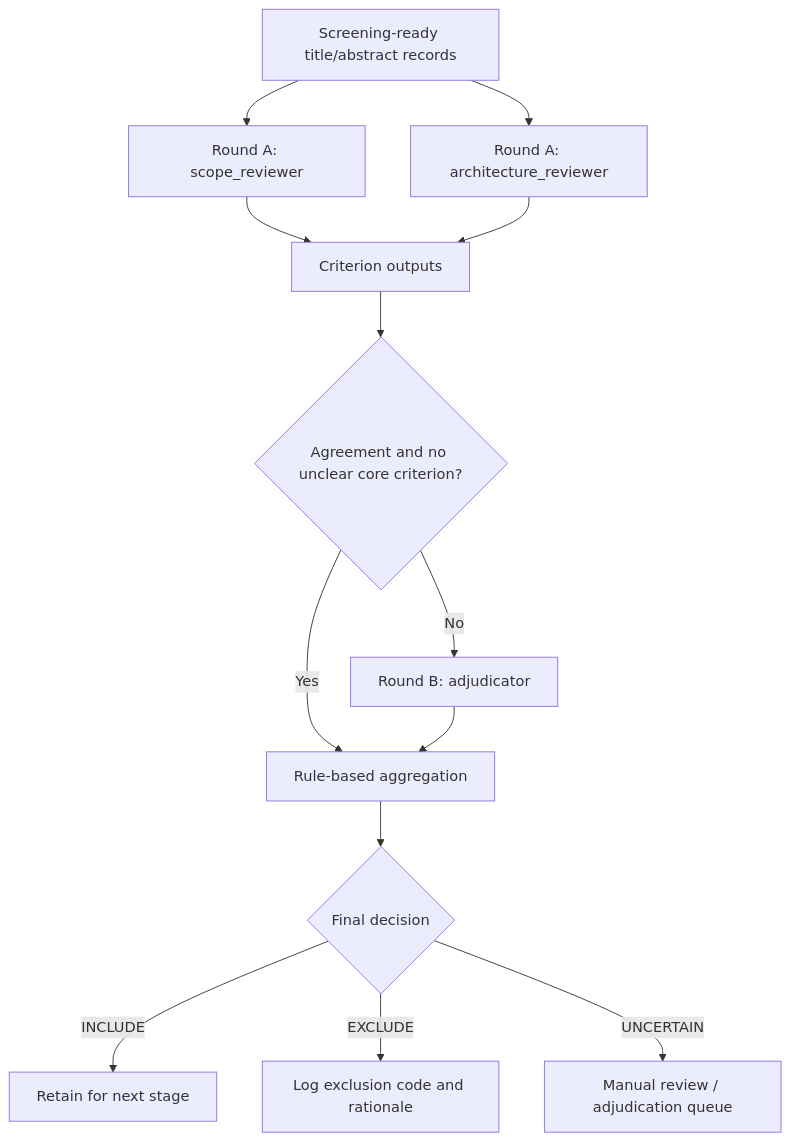
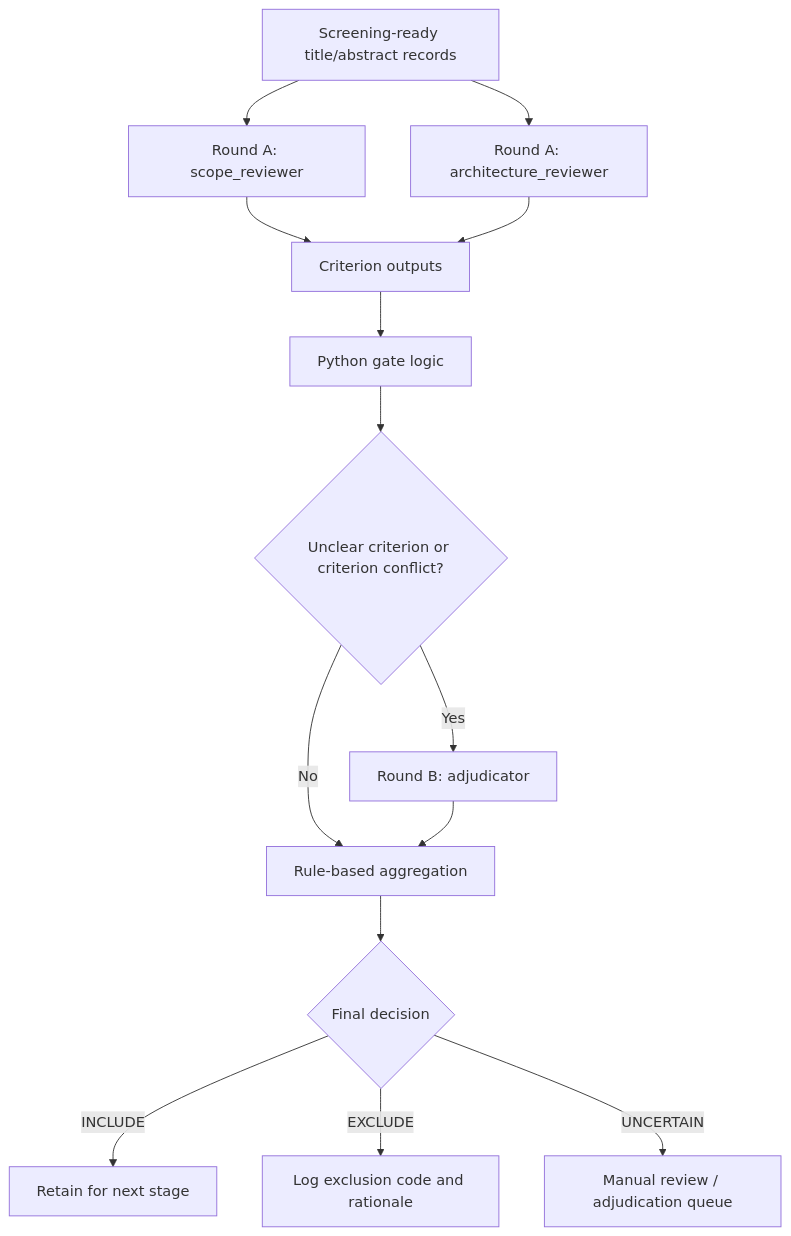
One commit to BogdanDidenko/text-bio-fundational-models-review changed the diagram in README.md. Above: the diagram before and after it, drawn with Mermaid. The commit also changed other lines of this file and 6 other files, not shown here.

````diff
--- a/README.md
+++ b/README.md
@@ -68,15 +68,16 @@
 ```mermaid
 flowchart TD
     A["Screening-ready title/abstract records"] --> B["Round A: scope_reviewer"]
     A --> C["Round A: architecture_reviewer"]
     B --> D["Criterion outputs"]
     C --> D
-    D --> E{"Agreement and no unclear core criterion?"}
-    E -- "Yes" --> F["Rule-based aggregation"]
-    E -- "No" --> G["Round B: adjudicator"]
-    G --> F
-    F --> H{"Final decision"}
-    H -- "INCLUDE" --> I["Retain for next stage"]
-    H -- "EXCLUDE" --> J["Log exclusion code and rationale"]
-    H -- "UNCERTAIN" --> K["Manual review / adjudication queue"]
+    D --> E["Python gate logic"]
+    E --> F{"Unclear criterion or criterion conflict?"}
+    F -- "No" --> G["Rule-based aggregation"]
+    F -- "Yes" --> H["Round B: adjudicator"]
+    H --> G
+    G --> I{"Final decision"}
+    I -- "INCLUDE" --> J["Retain for next stage"]
+    I -- "EXCLUDE" --> K["Log exclusion code and rationale"]
+    I -- "UNCERTAIN" --> L["Manual review / adjudication queue"]
 ```
````
